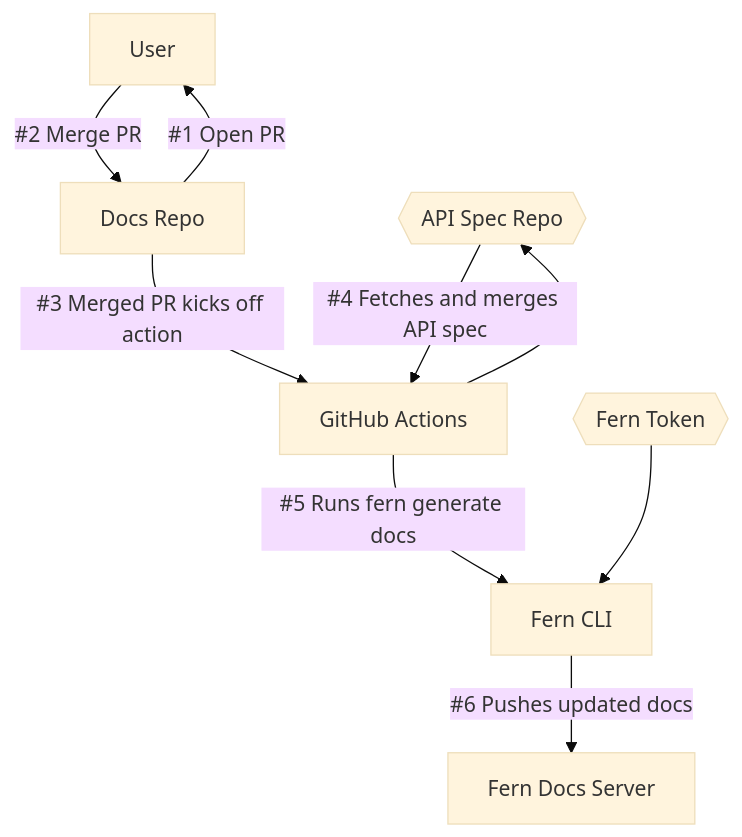
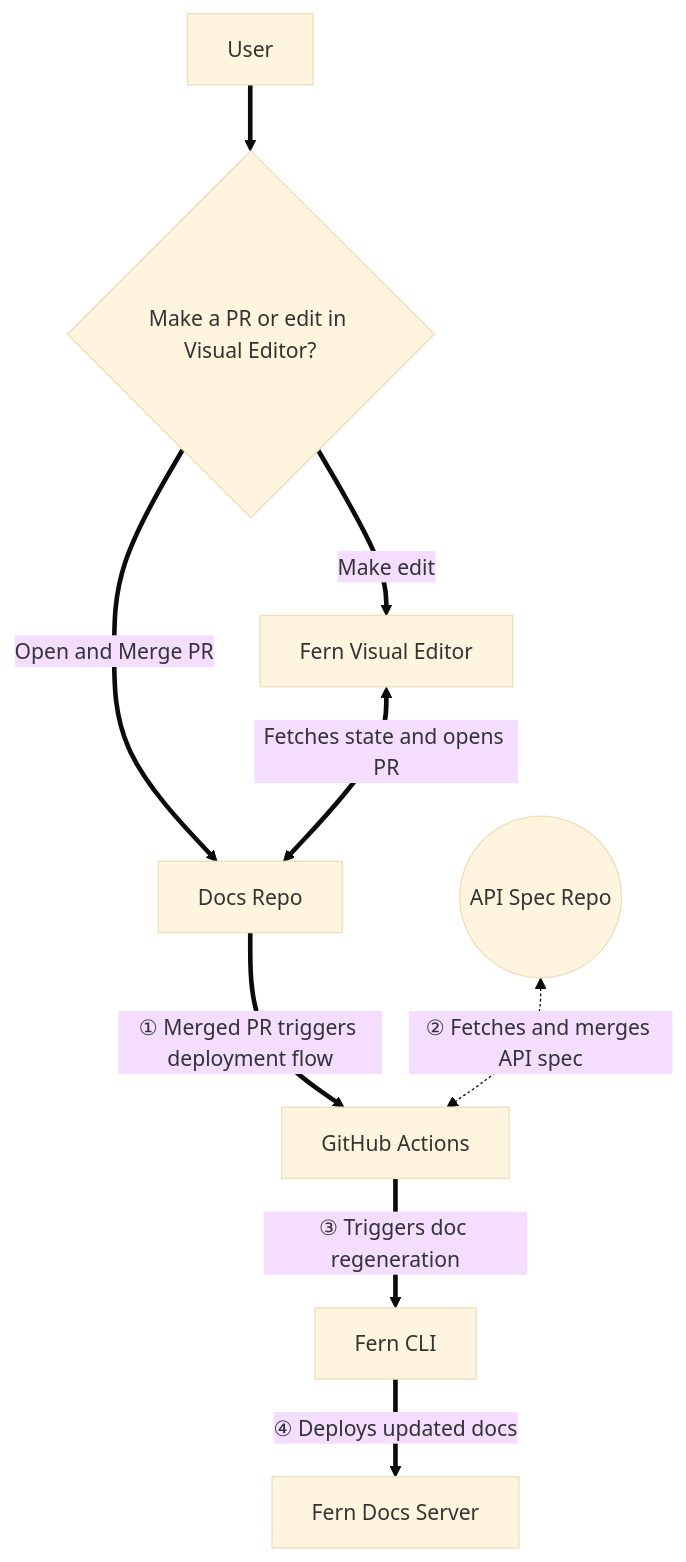
The diagram in fern/products/docs/pages/getting-started/how-it-works.mdx (fern-api/docs), drawn with Mermaid (base theme) before and after one commit. The commit also changed other lines of this file, not shown here.

Commit message:
update diagram, add text

````diff
--- a/fern/products/docs/pages/getting-started/how-it-works.mdx
+++ b/fern/products/docs/pages/getting-started/how-it-works.mdx
@@ -32,20 +29,22 @@
 ```mermaid
 flowchart TD
-    Spec{{API Spec Repo}}
+    FVE[Fern Visual Editor]
     U[User]
     DR[Docs Repo]
+    CLI[Fern CLI]
+    Decision{Make a PR or edit in Visual Editor?}
+    Spec((API Spec Repo))
     GA[GitHub Actions]
-    CLI[Fern CLI]
-    Token{{Fern Token}}
 
-    DR -- #1 Open PR --> U
+    U ==> Decision
+    Decision == Make edit ==> FVE
+    Decision == Open and Merge PR ==> DR
 
-    U -- #2 Merge PR --> DR
+    FVE <== Fetches state and opens PR ==> DR
+    DR == ① Merged PR triggers deployment flow ==> GA
     
-    DR -->|#3 Merged PR kicks off action| GA
-    GA --> Spec
-    Spec -->|#4 Fetches and merges API spec| GA
-    GA -->|#5 Runs fern generate docs| CLI
-    Token --> CLI
-    CLI -->|#6 Pushes updated docs| Server[Fern Docs Server]
+    Spec <-. ② Fetches and merges API spec .-> GA
+
+    GA == ③ Triggers doc regeneration ==> CLI
+    CLI == ④ Deploys updated docs ==> Server[Fern Docs Server]
 ```
````
